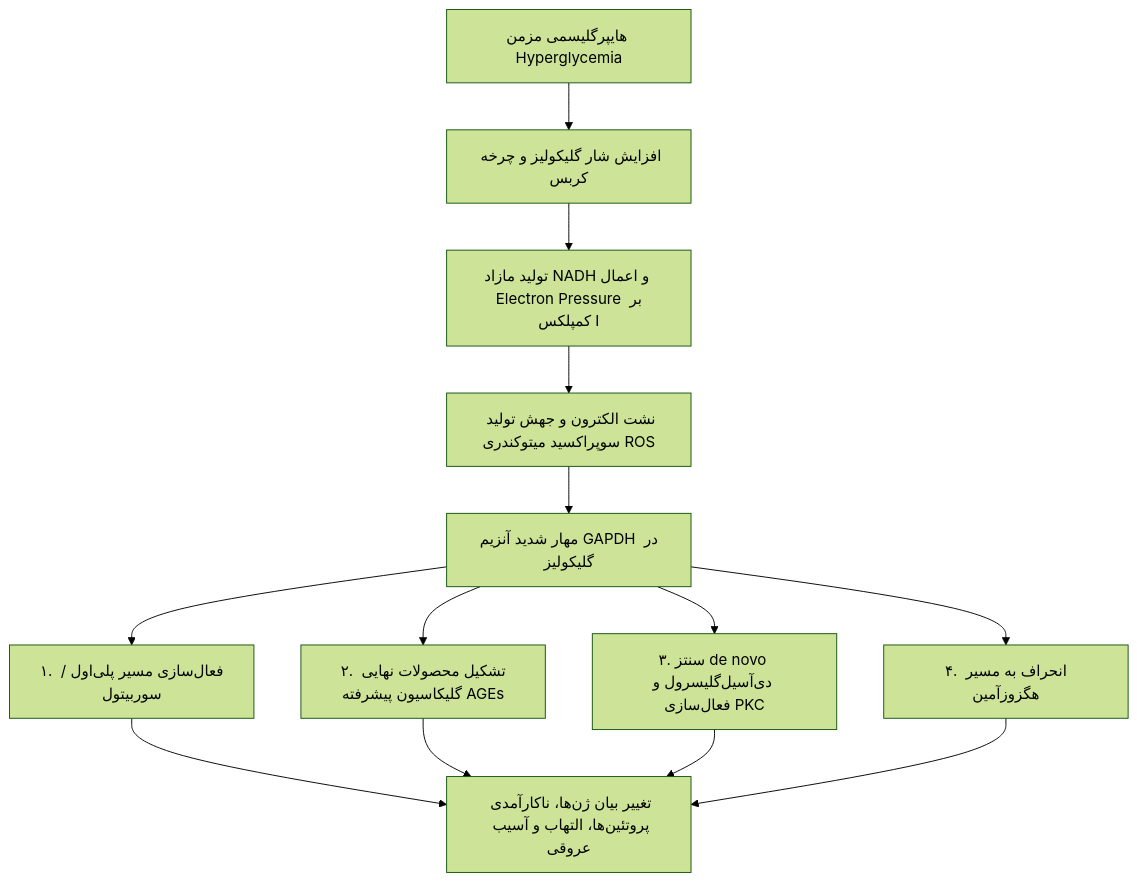
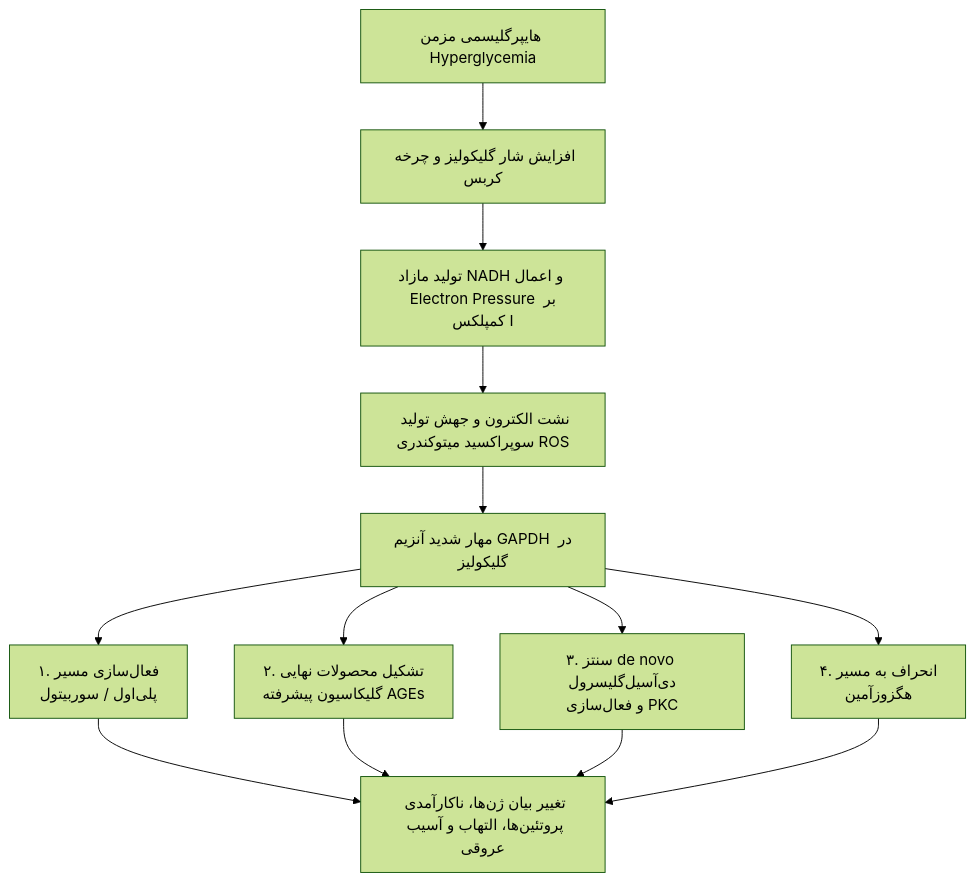
One commit to neopulse-hub/TUMS-1402-1-neo changed the second of 8 diagrams in 07/مبانی غدد/عوارض دیابت.md. Above: the diagram before and after it, drawn with Mermaid (forest theme). The commit also changed other lines of this file, not shown here.

````diff
--- a/07/مبانی غدد/عوارض دیابت.md
+++ b/07/مبانی غدد/عوارض دیابت.md
@@ -67,14 +67,14 @@
 ```mermaid
 flowchart TD
     Hyper[هایپرگلیسمی مزمن Hyperglycemia] --> Flux[افزایش شار گلیکولیز و چرخه کربس]
     Flux --> HighNADH[تولید مازاد NADH و اعمال Electron Pressure بر کمپلکس I]
     HighNADH --> Superox[نشت الکترون و جهش تولید سوپراکسید میتوکندری ROS]
     Superox --> InhibitGAPDH[مهار شدید آنزیم GAPDH در گلیکولیز]
     
-    InhibitGAPDH --> P1[۱. فعال‌سازی مسیر پلی‌اول / سوربیتول]
-    InhibitGAPDH --> P2[۲. تشکیل محصولات نهایی گلیکاسیون پیشرفته AGEs]
-    InhibitGAPDH --> P3[۳. سنتز de novo دی‌آسیل‌گلیسرول و فعال‌سازی PKC]
-    InhibitGAPDH --> P4[۴. انحراف به مسیر هگزوزآمین]
+    InhibitGAPDH --> P1[۱. فعال‌سازی مسیر<br>پلی‌اول / سوربیتول]
+    InhibitGAPDH --> P2[۲. تشکیل محصولات نهایی<br>گلیکاسیون پیشرفته AGEs]
+    InhibitGAPDH --> P3[۳. سنتز de novo دی‌آسیل‌گلیسرول<br>و فعال‌سازی PKC]
+    InhibitGAPDH --> P4[۴. انحراف به مسیر<br>هگزوزآمین]
 
     P1 & P2 & P3 & P4 --> Damage[تغییر بیان ژن‌ها، ناکارآمدی پروتئین‌ها، التهاب و آسیب عروقی]
 ```
````
